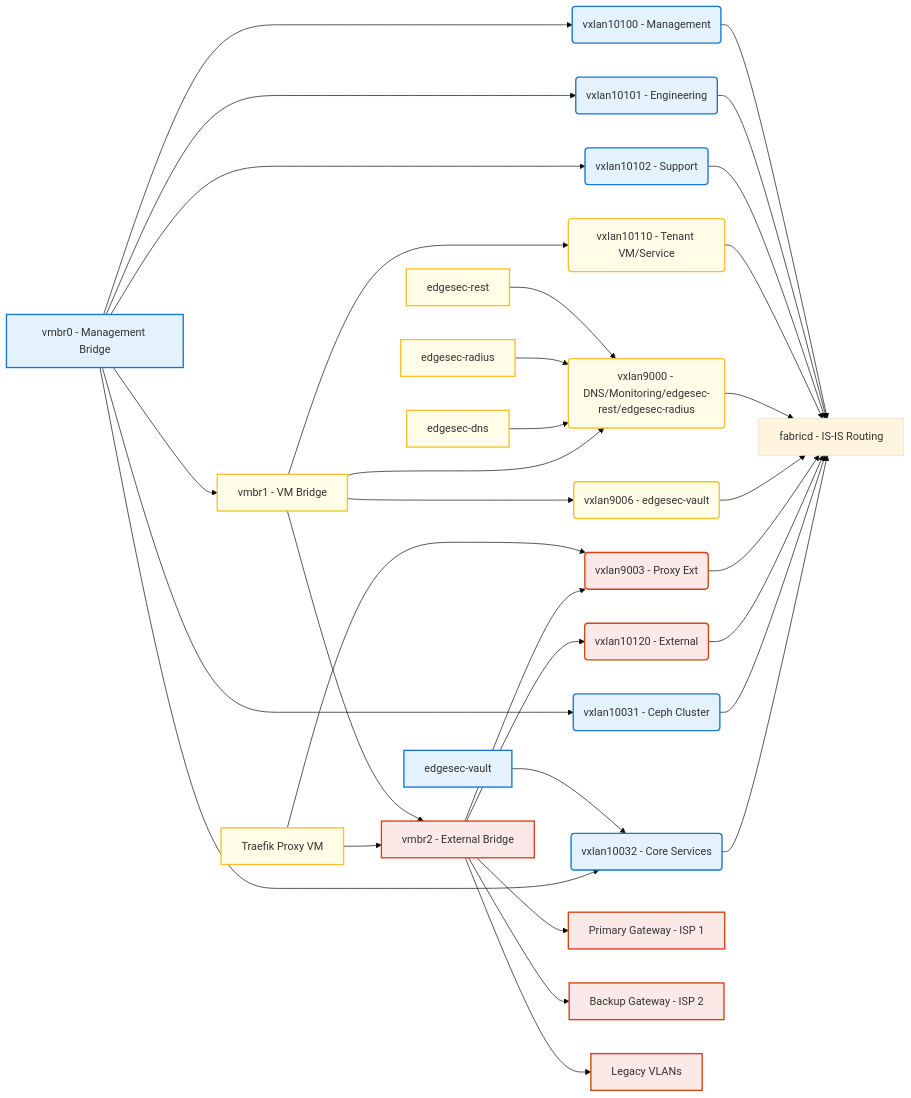
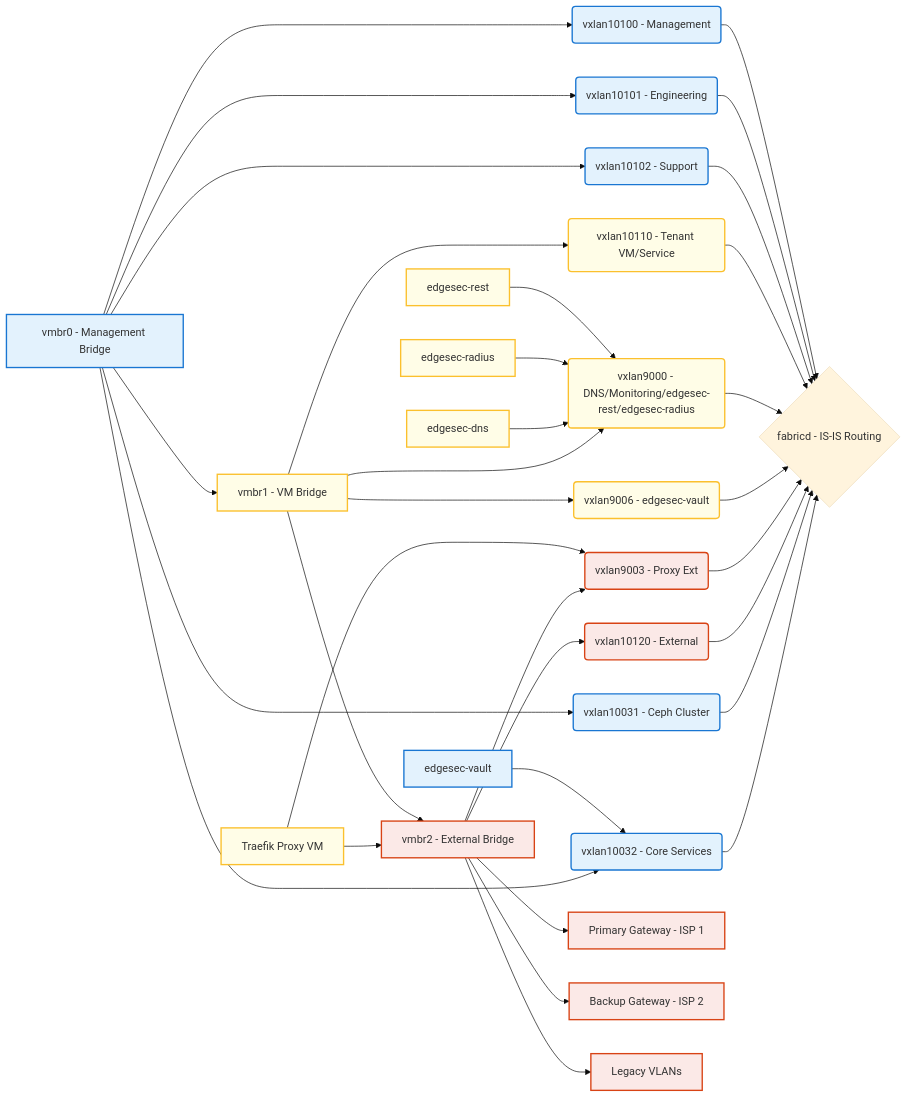
The diagram in blob/mmd/edgesec-single-tenant-bridges.mmd (CEP-Comwell/proxmox_addons), drawn with Mermaid (base theme) before and after one commit. The commit also changed 1 other file, not shown here.

Commit message:
test bridge as subroutine

```diff
--- a/blob/mmd/edgesec-single-tenant-bridges.mmd
+++ b/blob/mmd/edgesec-single-tenant-bridges.mmd
@@ -33,7 +33,7 @@
   Gateway2[Backup Gateway - ISP 2]
   LegacyVLAN[Legacy VLANs]
 
-  Fabricd[fabricd - IS-IS Routing]
+  Fabricd{fabricd - IS-IS Routing}
 
   %% Explicit bridge ordering
   MgmtBridge --> VMBridge --> ExtBridge
```
